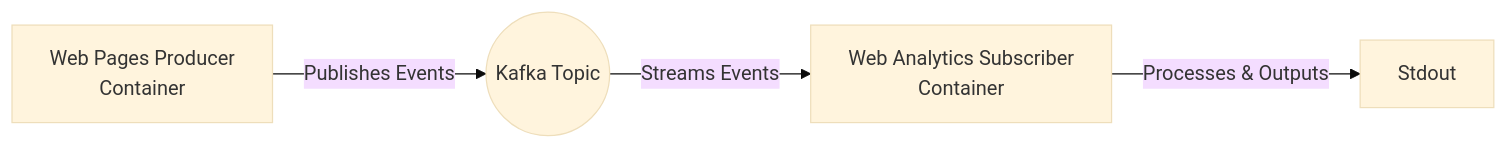
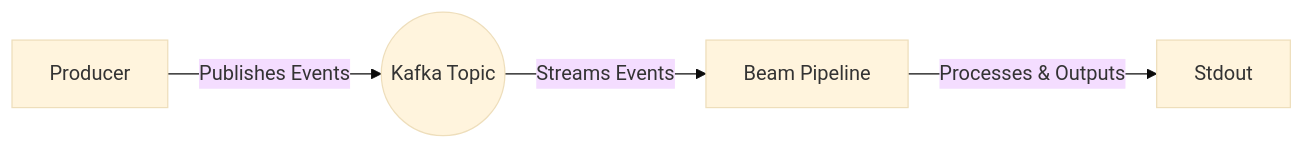
One commit to aaronginder/web-analytics-pages-viewed changed the first of 2 diagrams in README.md. Above: the diagram before and after it, drawn with Mermaid (base theme). The commit also changed other lines of this file and 39 other files, not shown here.

````diff
--- a/README.md
+++ b/README.md
@@ -124,6 +171,6 @@
 ```mermaid
 flowchart LR
-    A[Web Pages Producer<br/>Container] -->|Publishes Events| B((Kafka Topic))
-    B -->|Streams Events| C[Web Analytics Subscriber<br/>Container]
+    A[Producer] -->|Publishes Events| B((Kafka Topic))
+    B -->|Streams Events| C[Beam Pipeline]
     C -->|Processes & Outputs| D[Stdout]
 ```
````
